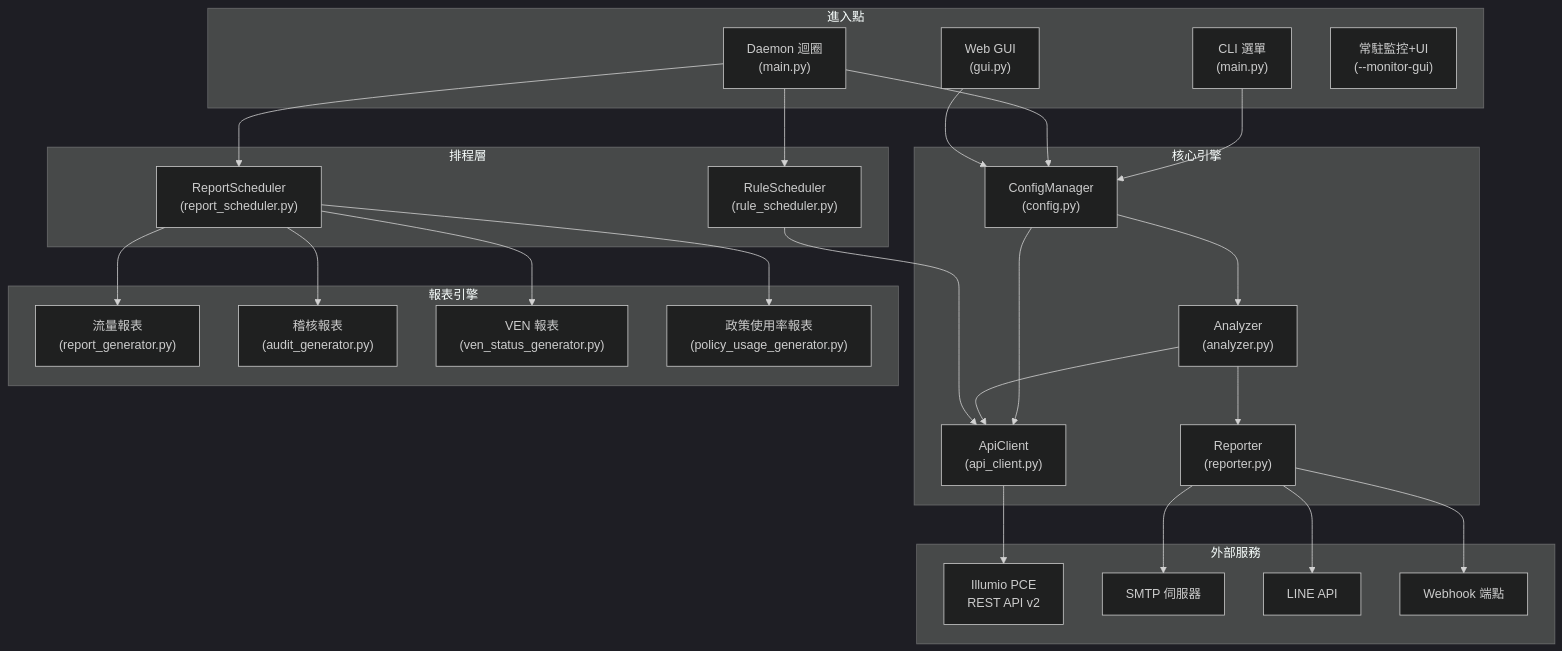
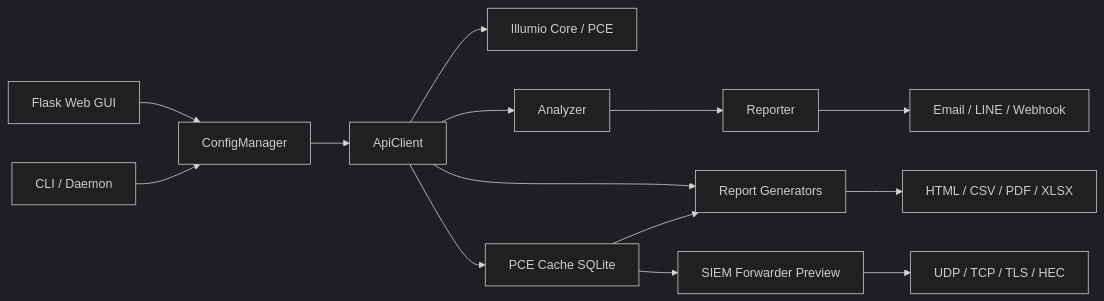
One commit to harry10148/illumio-ops changed the diagram in docs/Project_Architecture_zh.md. Above: the diagram before and after it, drawn with Mermaid (dark theme). The commit also changed other lines of this file and 55 other files, not shown here.

````diff
--- a/docs/Project_Architecture_zh.md
+++ b/docs/Project_Architecture_zh.md
@@ -9,54 +41,16 @@
 ```mermaid
-graph TB
-    subgraph Entry["進入點"]
-        CLI["CLI 選單<br/>(main.py)"]
-        DAEMON["Daemon 迴圈<br/>(main.py)"]
-        GUI["Web GUI<br/>(gui.py)"]
-        PERSIST["常駐監控+UI<br/>(--monitor-gui)"]
-    end
-
-    subgraph Core["核心引擎"]
-        CFG["ConfigManager<br/>(config.py)"]
-        API["ApiClient<br/>(api_client.py)"]
-        ANA["Analyzer<br/>(analyzer.py)"]
-        REP["Reporter<br/>(reporter.py)"]
-    end
-
-    subgraph Scheduler["排程層"]
-        RSCHED["ReportScheduler<br/>(report_scheduler.py)"]
-        RULSCHED["RuleScheduler<br/>(rule_scheduler.py)"]
-    end
-
-    subgraph Report["報表引擎"]
-        RGEN["流量報表<br/>(report_generator.py)"]
-        AGEN["稽核報表<br/>(audit_generator.py)"]
-        VGEN["VEN 報表<br/>(ven_status_generator.py)"]
-        PUGEN["政策使用率報表<br/>(policy_usage_generator.py)"]
-    end
-
-    subgraph External["外部服務"]
-        PCE["Illumio PCE<br/>REST API v2"]
-        SMTP_SVC["SMTP 伺服器"]
-        LINE_SVC["LINE API"]
-        HOOK_SVC["Webhook 端點"]
-    end
-
-    CLI --> CFG
-    DAEMON --> CFG
-    GUI --> CFG
-    CFG --> API
-    API --> PCE
-    CFG --> ANA
-    ANA --> API
-    ANA --> REP
-    DAEMON --> RSCHED
-    DAEMON --> RULSCHED
-    RSCHED --> RGEN
-    RSCHED --> AGEN
-    RSCHED --> VGEN
-    RSCHED --> PUGEN
-    RULSCHED --> API
-    REP --> SMTP_SVC
-    REP --> LINE_SVC
-    REP --> HOOK_SVC
+flowchart LR
+  CLI["CLI / Daemon"] --> CM["ConfigManager"]
+  GUI["Flask Web GUI"] --> CM
+  CM --> API["ApiClient"]
+  API --> PCE["Illumio Core / PCE"]
+  API --> Analyzer["Analyzer"]
+  Analyzer --> Reporter["Reporter"]
+  Reporter --> Channels["Email / LINE / Webhook"]
+  API --> Cache["PCE Cache SQLite"]
+  Cache --> Reports["Report Generators"]
+  API --> Reports
+  Reports --> Exporters["HTML / CSV / PDF / XLSX"]
+  Cache --> SIEM["SIEM Forwarder Preview"]
+  SIEM --> Dest["UDP / TCP / TLS / HEC"]
 ```
````
